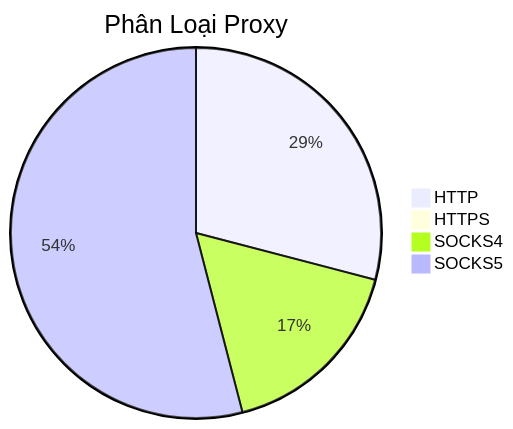
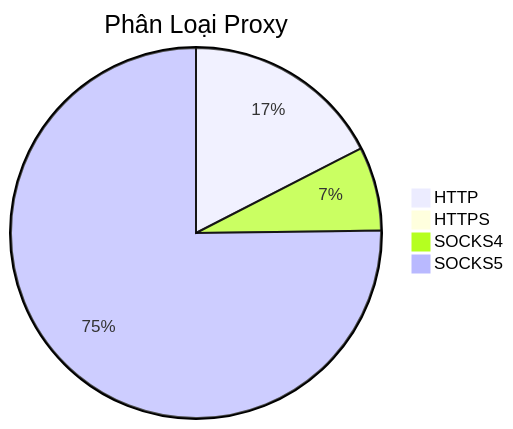
Before and after one commit to Ciara-Aa/PROXY-free: the diagram in README.md, drawn with Mermaid. The commit also changed other lines of this file and 4 other files, not shown here.

````diff
--- a/README.md
+++ b/README.md
@@ -26,7 +26,7 @@
 ```mermaid
 pie title Phân Loại Proxy
-    "HTTP" : 504
-    "HTTPS" : 6
-    "SOCKS4" : 293
-    "SOCKS5" : 937
+    "HTTP" : 495
+    "HTTPS" : 0
+    "SOCKS4" : 208
+    "SOCKS5" : 2133
 ```
````
